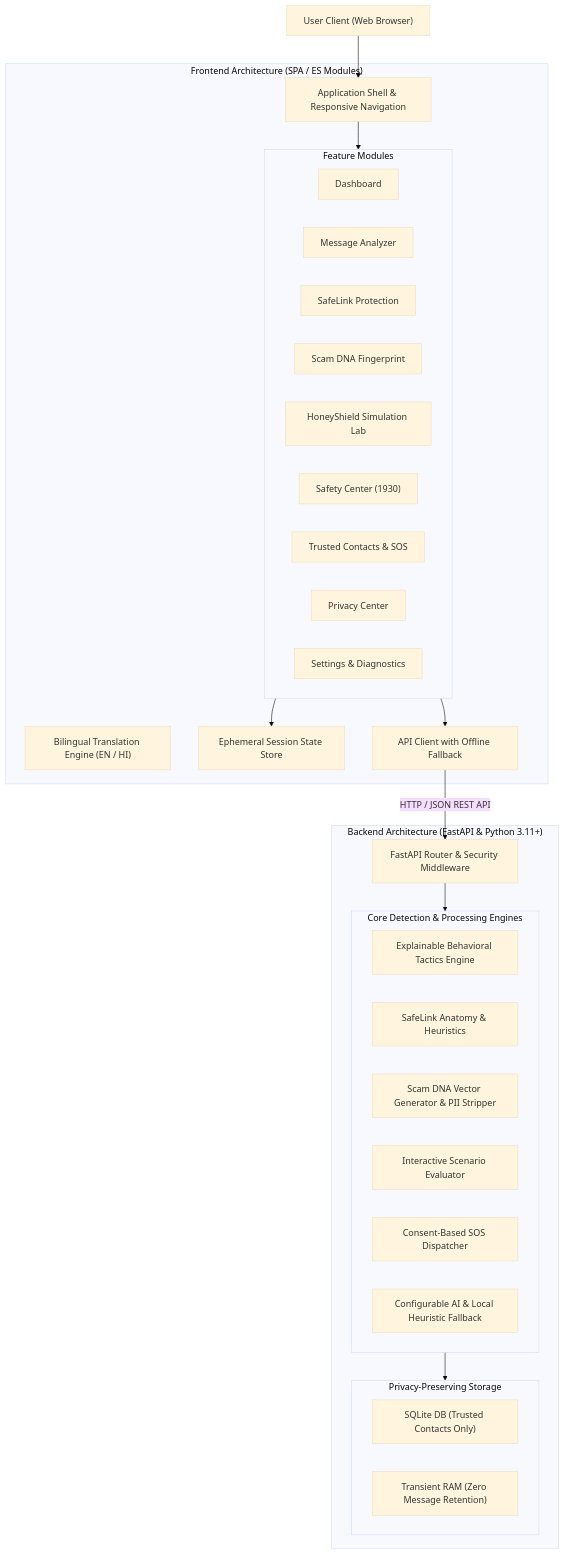
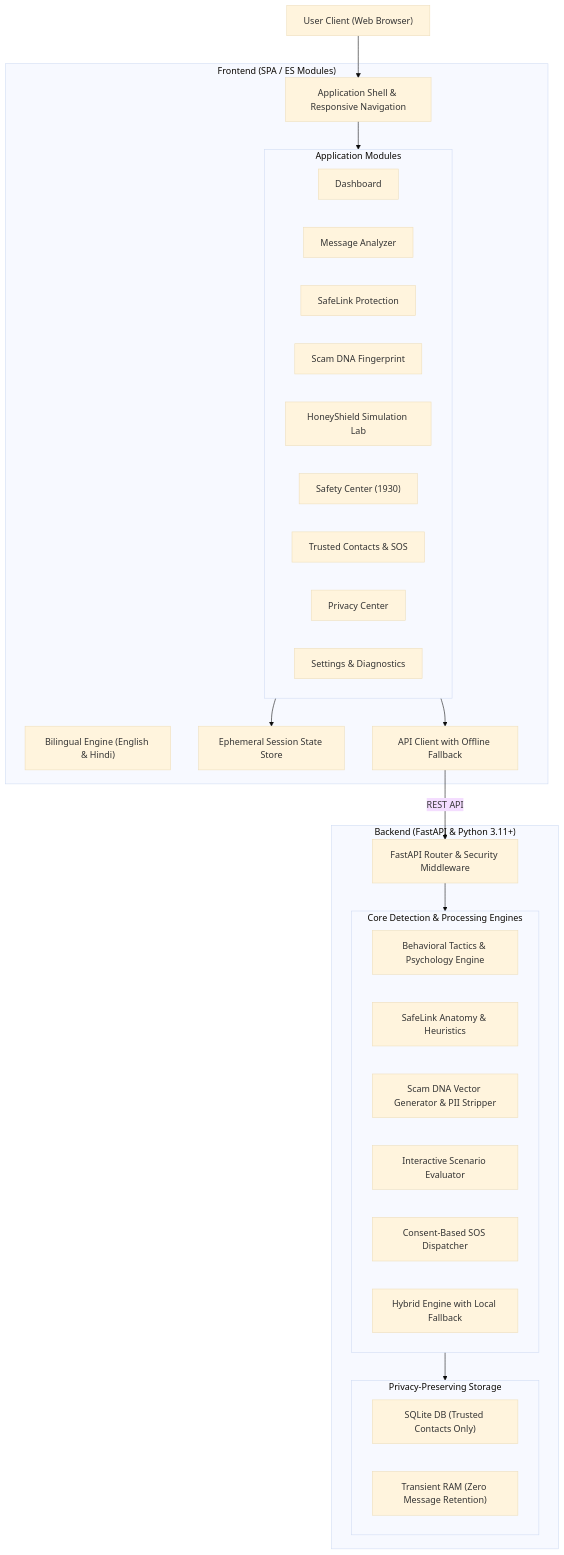
The diagram in docs/architecture.md (HackIndiaXYZ/hackindia-ai-cybertech-hackathon-2026-ctrlfreaks), drawn with Mermaid (base theme) before and after one commit. The commit also changed other lines of this file and 2 other files, not shown here.

Commit message:
docs: clean up README, architecture specifications, and testing guide

````diff
--- a/docs/architecture.md
+++ b/docs/architecture.md
@@ -10,49 +8,49 @@
 ```mermaid
 flowchart TD
     User["User Client (Web Browser)"]
     
-    subgraph Frontend ["Frontend Architecture (SPA / ES Modules)"]
+    subgraph Frontend ["Frontend (SPA / ES Modules)"]
         UI_Shell["Application Shell & Responsive Navigation"]
-        I18N["Bilingual Translation Engine (EN / HI)"]
+        I18N["Bilingual Engine (English & Hindi)"]
         Store["Ephemeral Session State Store"]
         API_Client["API Client with Offline Fallback"]
         
-        subgraph Views ["Feature Modules"]
+        subgraph Views ["Application Modules"]
             V_Dash["Dashboard"]
             V_Msg["Message Analyzer"]
             V_Link["SafeLink Protection"]
             V_DNA["Scam DNA Fingerprint"]
             V_Honey["HoneyShield Simulation Lab"]
             V_Safety["Safety Center (1930)"]
             V_SOS["Trusted Contacts & SOS"]
             V_Priv["Privacy Center"]
             V_Set["Settings & Diagnostics"]
         end
     end
 
-    subgraph Backend ["Backend Architecture (FastAPI & Python 3.11+)"]
+    subgraph Backend ["Backend (FastAPI & Python 3.11+)"]
         MainApp["FastAPI Router & Security Middleware"]
         
         subgraph Services ["Core Detection & Processing Engines"]
-            MsgEngine["Explainable Behavioral Tactics Engine"]
+            MsgEngine["Behavioral Tactics & Psychology Engine"]
             UrlEngine["SafeLink Anatomy & Heuristics"]
             DnaEngine["Scam DNA Vector Generator & PII Stripper"]
             HoneyEngine["Interactive Scenario Evaluator"]
             SosEngine["Consent-Based SOS Dispatcher"]
-            AiEngine["Configurable AI & Local Heuristic Fallback"]
+            AiEngine["Hybrid Engine with Local Fallback"]
         end
         
         subgraph Storage ["Privacy-Preserving Storage"]
             SQLite["SQLite DB (Trusted Contacts Only)"]
             RAM["Transient RAM (Zero Message Retention)"]
         end
     end
 
     User --> UI_Shell
     UI_Shell --> Views
     Views --> Store
     Views --> API_Client
-    API_Client -->|HTTP / JSON REST API| MainApp
+    API_Client -->|REST API| MainApp
     MainApp --> Services
     Services --> Storage
 ```
````
